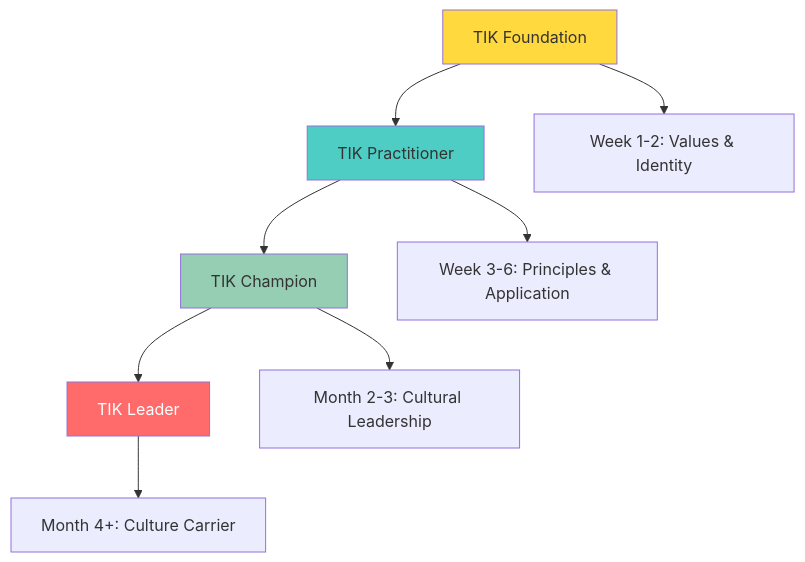
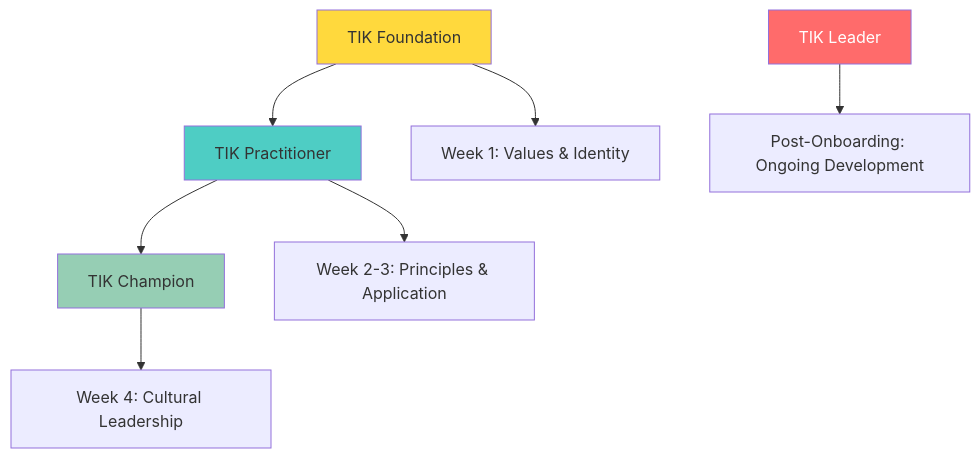
The diagram in Hiring-Onboarding/TIK-Certification-Program.md (klysera/people-and-culture), drawn with Mermaid before and after one commit. The commit also changed other lines of this file and 5 other files, not shown here.

First line of the commit message:
Compress onboarding timeline to 30 days with accelerated TIK certification

````diff
--- a/Hiring-Onboarding/TIK-Certification-Program.md
+++ b/Hiring-Onboarding/TIK-Certification-Program.md
@@ -13,16 +13,16 @@
 ```mermaid
 graph TB
     A[TIK Foundation] --> B[TIK Practitioner]
     B --> C[TIK Champion]
-    C --> D[TIK Leader]
 
-    A --> A1[Week 1-2: Values & Identity]
-    B --> B1[Week 3-6: Principles & Application]
-    C --> C1[Month 2-3: Cultural Leadership]
-    D --> D1[Month 4+: Culture Carrier]
+    A --> A1[Week 1: Values & Identity]
+    B --> B1[Week 2-3: Principles & Application]
+    C --> C1[Week 4: Cultural Leadership]
+
+    D[TIK Leader] --> D1[Post-Onboarding: Ongoing Development]
 
     style A fill:#FFD93D
     style B fill:#4ECDC4
     style C fill:#96CEB4
     style D fill:#FF6B6B,color:#fff
 ```
````
